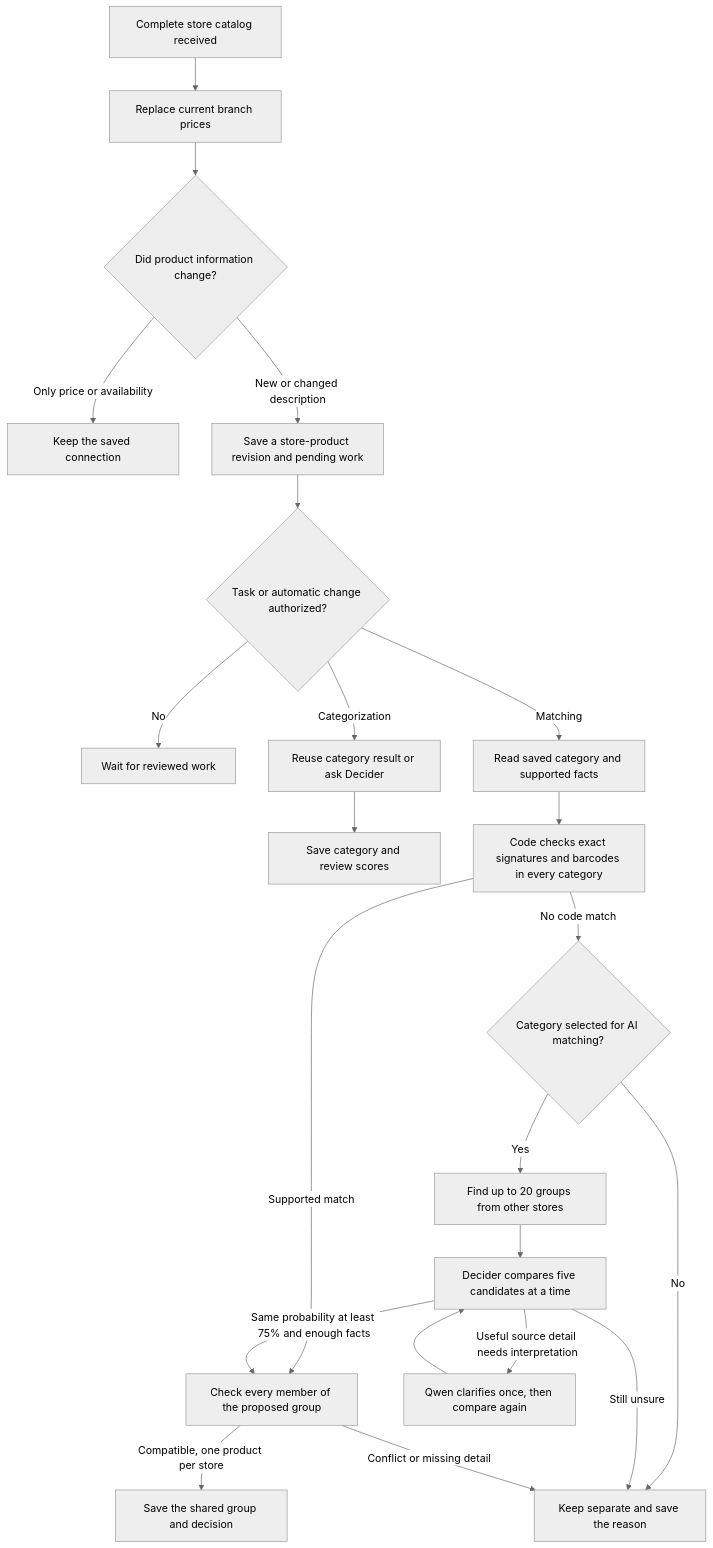
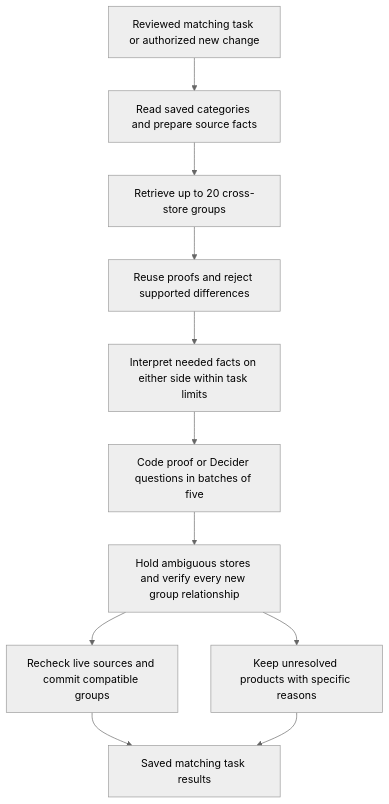
The diagram in docs/matching.md (gotch27/mkd-price-aggregator), drawn with Mermaid (neutral theme) before and after one commit. The commit also changed other lines of this file and 47 other files, not shown here.

Commit message:
Prepare both products before cross-store matching and expose task results

````diff
--- a/docs/matching.md
+++ b/docs/matching.md
@@ -28,24 +28,13 @@
 ```mermaid
 flowchart TD
-  A[Complete store catalog received] --> B[Replace current branch prices]
-  B --> C{Did product information change?}
-  C -->|Only price or availability| D[Keep the saved connection]
-  C -->|New or changed description| E[Save a store-product revision and pending work]
-  E --> P{Task or automatic change authorized?}
-  P -->|No| W[Wait for reviewed work]
-  P -->|Categorization| G[Reuse category result or ask Decider]
-  P -->|Matching| F[Read saved category and supported facts]
-  G --> S[Save category and review scores]
-  F --> H[Code checks exact signatures and barcodes in every category]
-  H -->|Supported match| L[Check every member of the proposed group]
-  H -->|No code match| I{Category selected for AI matching?}
-  I -->|No| N[Keep separate and save the reason]
-  I -->|Yes| J[Find up to 20 groups from other stores]
-  J --> K[Decider compares five candidates at a time]
-  K -->|Same probability at least 75% and enough facts| L
-  K -->|Useful source detail needs interpretation| Q[Qwen clarifies once, then compare again]
-  Q --> K
-  K -->|Still unsure| N
-  L -->|Compatible, one product per store| M[Save the shared group and decision]
-  L -->|Conflict or missing detail| N[Keep separate and save the reason]
+ A[Reviewed matching task or authorized new change] --> B[Read saved categories and prepare source facts]
+ B --> C[Retrieve up to 20 cross-store groups]
+ C --> D[Reuse proofs and reject supported differences]
+ D --> E[Interpret needed facts on either side within task limits]
+ E --> F[Code proof or Decider questions in batches of five]
+ F --> G[Hold ambiguous stores and verify every new group relationship]
+ G --> H[Recheck live sources and commit compatible groups]
+ G --> I[Keep unresolved products with specific reasons]
+ H --> J[Saved matching task results]
+ I --> J
 ```
````
